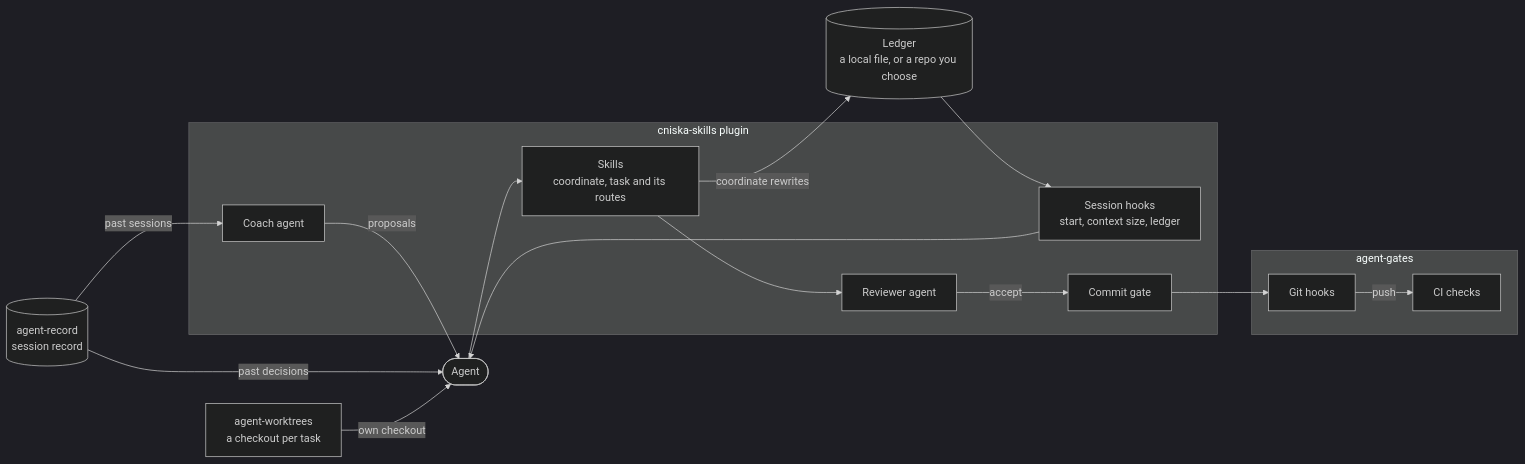
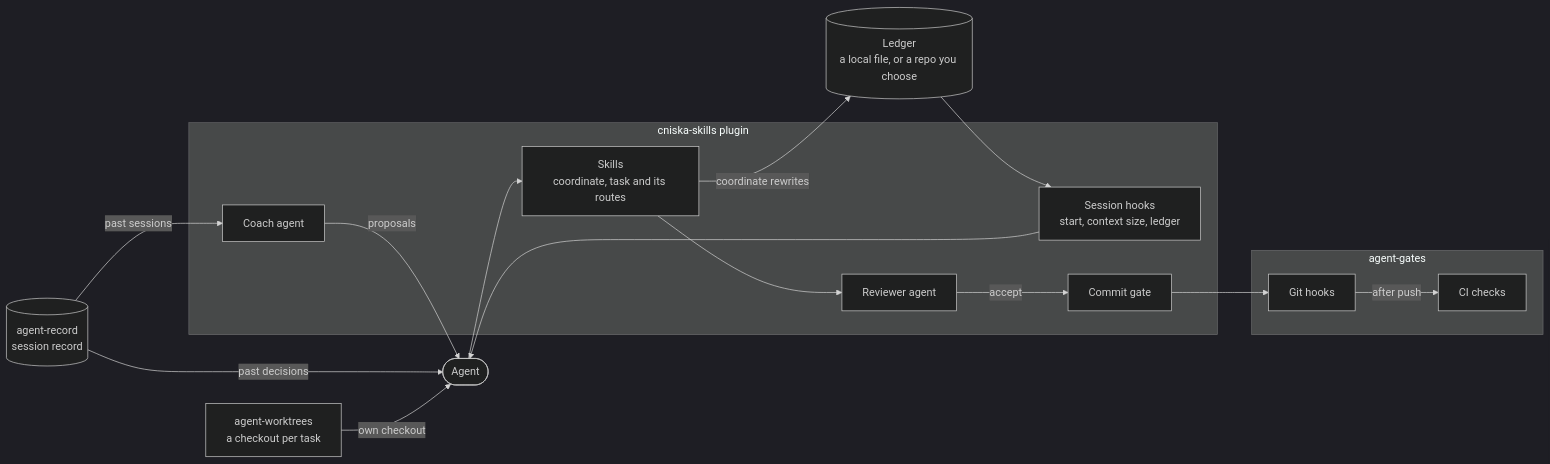
Before and after one commit to cniska/agent-skills: the second of 3 diagrams in README.md, drawn with Mermaid (dark theme). The commit also changed other lines of this file, not shown here.

Commit message:
docs(readme): fix accept and CI chart labels

````diff
--- a/README.md
+++ b/README.md
@@ -147,30 +147,30 @@
 ```mermaid
 flowchart LR
   rec[("agent-record<br/>session record")]
   wt["agent-worktrees<br/>a checkout per task"]
   ledger[("Ledger<br/>a local file, or a repo you choose")]
   agent(["Agent"])
   subgraph S["cniska-skills plugin"]
     hook["Session hooks<br/>start, context size, ledger"]
     skills["Skills<br/>coordinate, task and its routes"]
     rev["Reviewer agent"]
     gate["Commit gate"]
     coach["Coach agent"]
   end
   subgraph G["agent-gates"]
     hooks["Git hooks"]
     ci["CI checks"]
   end
   ledger --> hook
   hook --> agent
   rec -- "past decisions" --> agent
   wt -- "own checkout" --> agent
   agent --> skills
   skills -- "coordinate rewrites" --> ledger
   skills --> rev
   rev -- "accept" --> gate
   gate --> hooks
-  hooks -- "push" --> ci
+  hooks -- "after push" --> ci
   rec -- "past sessions" --> coach
   coach -- "proposals" --> agent
 ```
````
